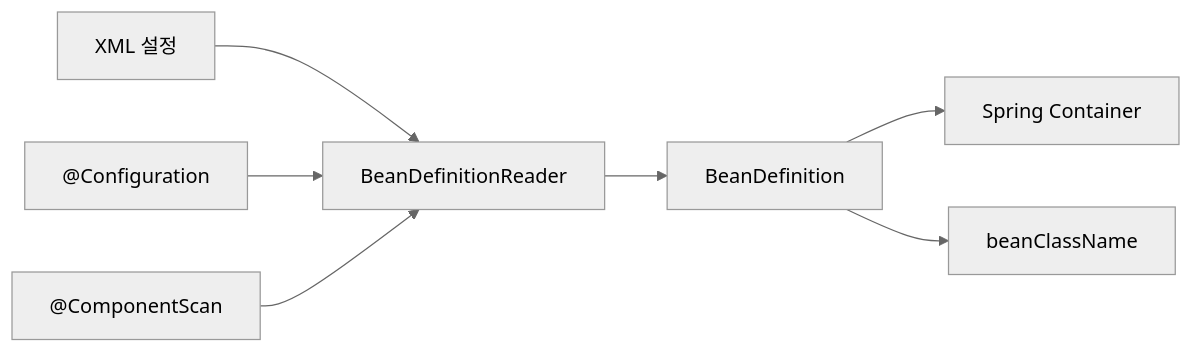
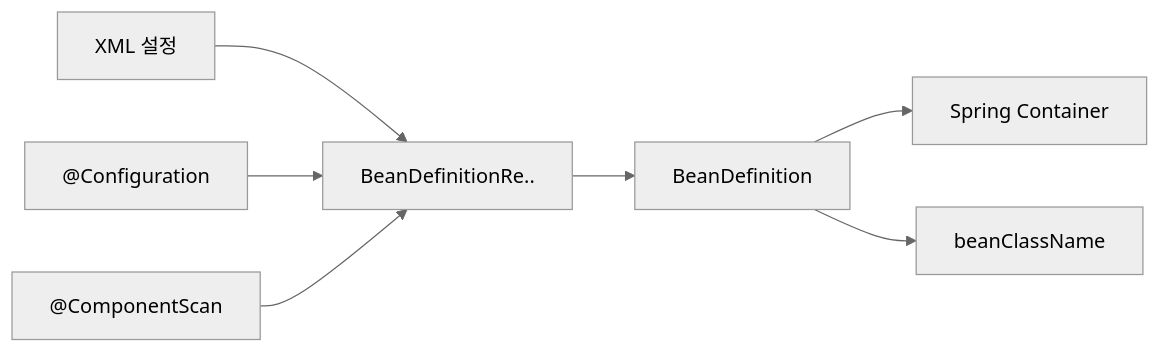
One commit to yjkim2015/yjkim2015.github.io changed the tenth of 13 diagrams in _posts/spring/2026-05-02-spring-core-basic.md. Above: the diagram before and after it, drawn with Mermaid (neutral theme). The commit also changed other lines of this file and 149 other files, not shown here.

First line of the commit message:
Mermaid 가독성 개선: 라벨 축약, 노드 축소, TD→LR 변환

````diff
--- a/_posts/spring/2026-05-02-spring-core-basic.md
+++ b/_posts/spring/2026-05-02-spring-core-basic.md
@@ -607,9 +602,9 @@
 ```mermaid
 graph LR
-    A["XML 설정"] --> C["BeanDefinitionReader"]
+    A["XML 설정"] --> C["BeanDefinitionRe.."]
     B["@Configuration"] --> C
     D["@ComponentScan"] --> C
     C --> E["BeanDefinition"]
     E --> F["Spring Container"]
     E --> G["beanClassName"]
 ```
````
